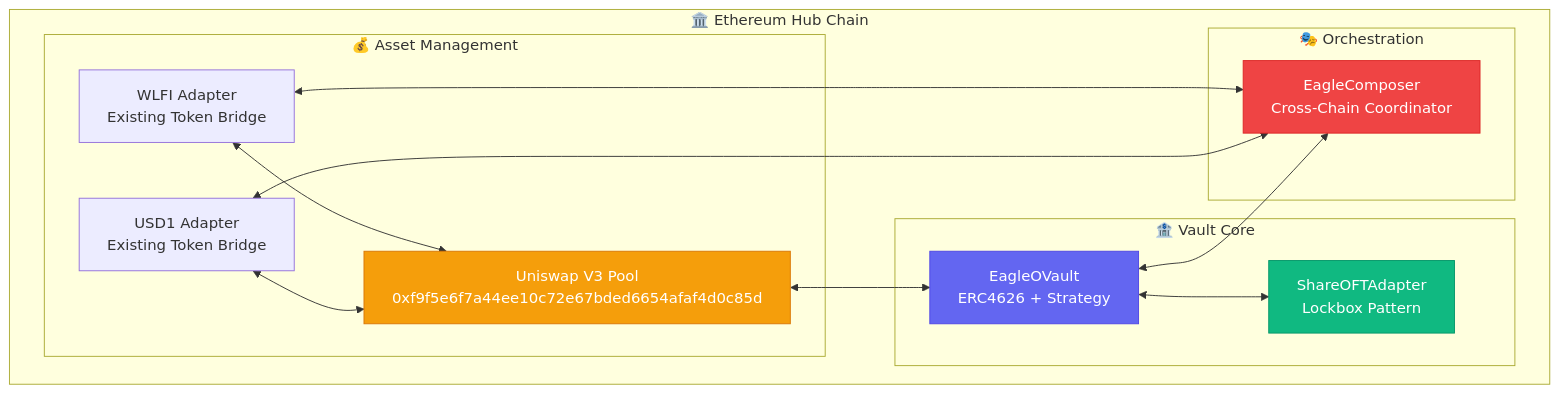
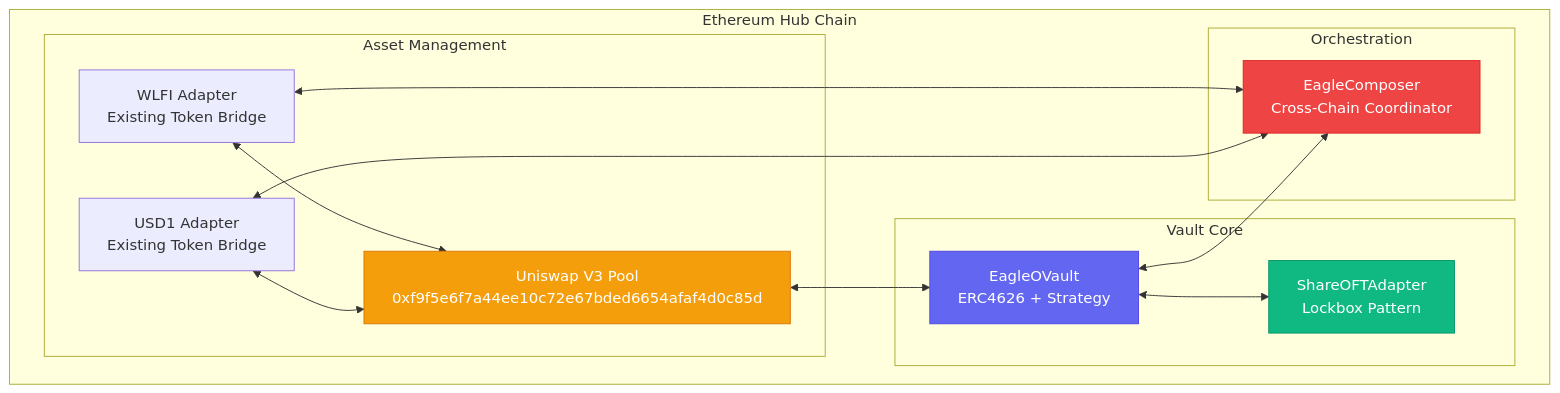
Before and after one commit to 47-Eagle/docs: the first of 5 diagrams in docs/dev/architecture.md, drawn with Mermaid. The commit also changed other lines of this file and 2 other files, not shown here.

````diff
--- a/docs/dev/architecture.md
+++ b/docs/dev/architecture.md
@@ -125,32 +125,32 @@
 ```mermaid
 graph TB
-    subgraph "🏛️ Ethereum Hub Chain"
-        subgraph "💰 Asset Management"
+    subgraph "Ethereum Hub Chain"
+        subgraph "Asset Management"
             WLFI[WLFI Adapter<br/>Existing Token Bridge]
             USD1[USD1 Adapter<br/>Existing Token Bridge]
             UV3[Uniswap V3 Pool<br/>0xf9f5e6f7a44ee10c72e67bded6654afaf4d0c85d]
         end
         
-        subgraph "🏦 Vault Core"
+        subgraph "Vault Core"
             EV[EagleOVault<br/>ERC4626 + Strategy]
             SA[ShareOFTAdapter<br/>Lockbox Pattern]
         end
         
-        subgraph "🎭 Orchestration"
+        subgraph "Orchestration"
             EC[EagleComposer<br/>Cross-Chain Coordinator]
         end
         
         WLFI <--> UV3
         USD1 <--> UV3
         UV3 <--> EV
         EV <--> SA
         EV <--> EC
         WLFI <--> EC
         USD1 <--> EC
     end
     
     style EV fill:#6366f1,stroke:#4f46e5,color:#fff
     style SA fill:#10b981,stroke:#059669,color:#fff
     style EC fill:#ef4444,stroke:#dc2626,color:#fff
     style UV3 fill:#f59e0b,stroke:#d97706,color:#fff
 ```
````
